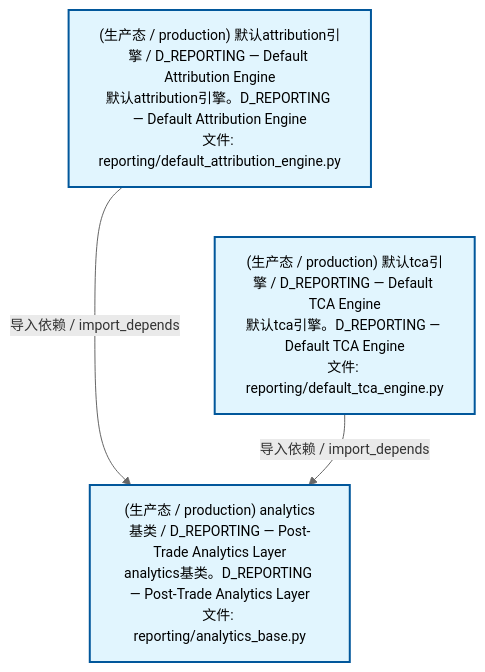
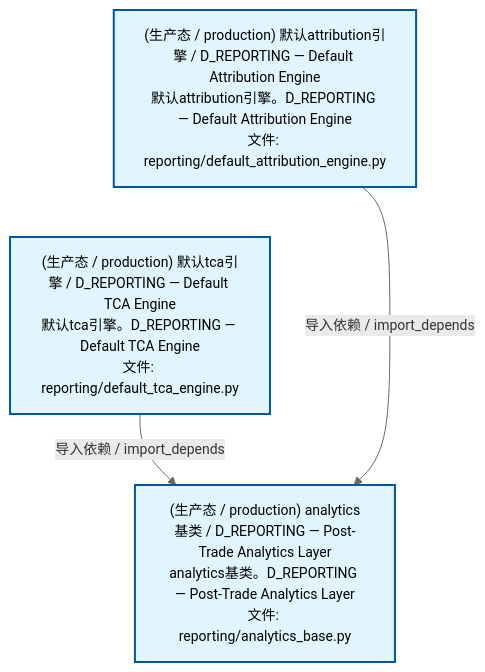
One commit to xuanFelixVan/ZephyrAlpha changed the second of 4 diagrams in docs/02_enterprise_architecture/02_domain_architecture_docs/26_d_reporting.md. Above: the diagram before and after it, drawn with Mermaid. The commit also changed other lines of this file and 40 other files, not shown here.

````diff
--- a/docs/02_enterprise_architecture/02_domain_architecture_docs/26_d_reporting.md
+++ b/docs/02_enterprise_architecture/02_domain_architecture_docs/26_d_reporting.md
@@ -117,15 +117,15 @@
 ```mermaid
 %%{init: {'theme': 'base', 'themeVariables': {'primaryColor': '#eaeaea', 'primaryTextColor': '#333333', 'primaryBorderColor': '#666666', 'lineColor': '#666666', 'secondaryColor': '#eaeaea', 'tertiaryColor': '#eaeaea', 'fontSize': '14px'}}}%%
 flowchart TD
     src_zephyr_reporting_default_attribution_engine_py["(生产态 / production) 默认attribution引擎 / D_REPORTING — Default Attribution Engine<br/>默认attribution引擎。D_REPORTING — Default Attribution Engine<br/>文件: reporting/default_attribution_engine.py"]
     src_zephyr_reporting_default_tca_engine_py["(生产态 / production) 默认tca引擎 / D_REPORTING — Default TCA Engine<br/>默认tca引擎。D_REPORTING — Default TCA Engine<br/>文件: reporting/default_tca_engine.py"]
     src_zephyr_reporting_default_attribution_engine_py ~~~ src_zephyr_reporting_default_tca_engine_py
     src_zephyr_reporting_analytics_base_py["(生产态 / production) analytics基类 / D_REPORTING — Post-Trade Analytics Layer<br/>analytics基类。D_REPORTING — Post-Trade Analytics Layer<br/>文件: reporting/analytics_base.py"]
+    src_zephyr_reporting_default_tca_engine_py -->|导入依赖 / import_depends| src_zephyr_reporting_analytics_base_py
     src_zephyr_reporting_default_attribution_engine_py -->|导入依赖 / import_depends| src_zephyr_reporting_analytics_base_py
-    src_zephyr_reporting_default_tca_engine_py -->|导入依赖 / import_depends| src_zephyr_reporting_analytics_base_py
     classDef production fill:#e1f5fe,stroke:#01579b,stroke-width:2px,color:#000
     classDef design fill:#fff3e0,stroke:#e65100,stroke-width:2px,color:#000,stroke-dasharray: 5 5
     classDef external_prod fill:#e8f4fd,stroke:#0277bd,stroke-width:1px,color:#000
     classDef external_design fill:#fff8e7,stroke:#ef6c00,stroke-width:1px,color:#000,stroke-dasharray: 5 5
     class src_zephyr_reporting_analytics_base_py,src_zephyr_reporting_default_attribution_engine_py,src_zephyr_reporting_default_tca_engine_py production
 ```
````
